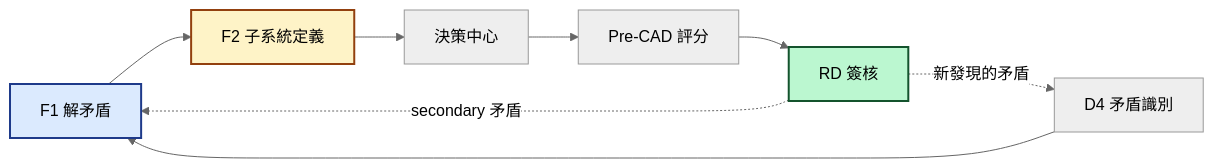
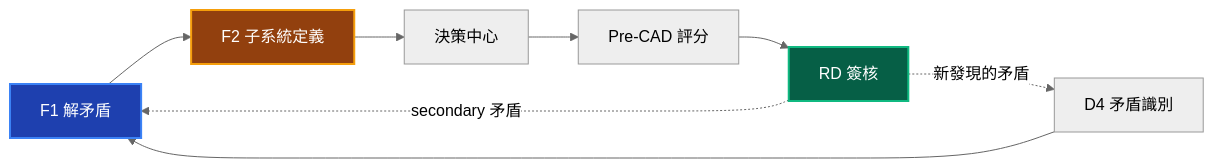
Diagram 31 of 31 in docs/01-define/diagrams/appendix-b--forward-triz-solver.md (Zenobia0000/RD_copilot_system), drawn with Mermaid before and after one commit. The commit also changed other lines of this file and 10 other files, not shown here.

First line of the commit message:
docs(diagrams): Gate 審計修復 + diagrams 缺失補齊 + Mermaid 暗色配色

````diff
--- a/docs/01-define/diagrams/appendix-b--forward-triz-solver.md
+++ b/docs/01-define/diagrams/appendix-b--forward-triz-solver.md
@@ -1303,15 +1350,15 @@
 ```mermaid
 %%{init: {'theme': 'neutral'}}%%
 flowchart LR
     A[F1 解矛盾] --> B[F2 子系統定義]
     B --> C[決策中心]
     C --> D[Pre-CAD 評分]
     D --> E[RD 簽核]
     E -.->|secondary 矛盾| A
     E -.->|新發現的矛盾| F[D4 矛盾識別]
     F --> A
 
-    style A fill:#dbeafe,stroke:#1e3a8a,stroke-width:2px,color:#000
-    style B fill:#fef3c7,stroke:#92400e,stroke-width:2px,color:#000
-    style E fill:#bbf7d0,stroke:#14532d,stroke-width:2px,color:#000
+    style A fill:#1E40AF,color:#fff,stroke:#3B82F6,stroke-width:2px
+    style B fill:#92400E,color:#fff,stroke:#F59E0B,stroke-width:2px
+    style E fill:#065F46,color:#fff,stroke:#10B981,stroke-width:2px
 ```
````
